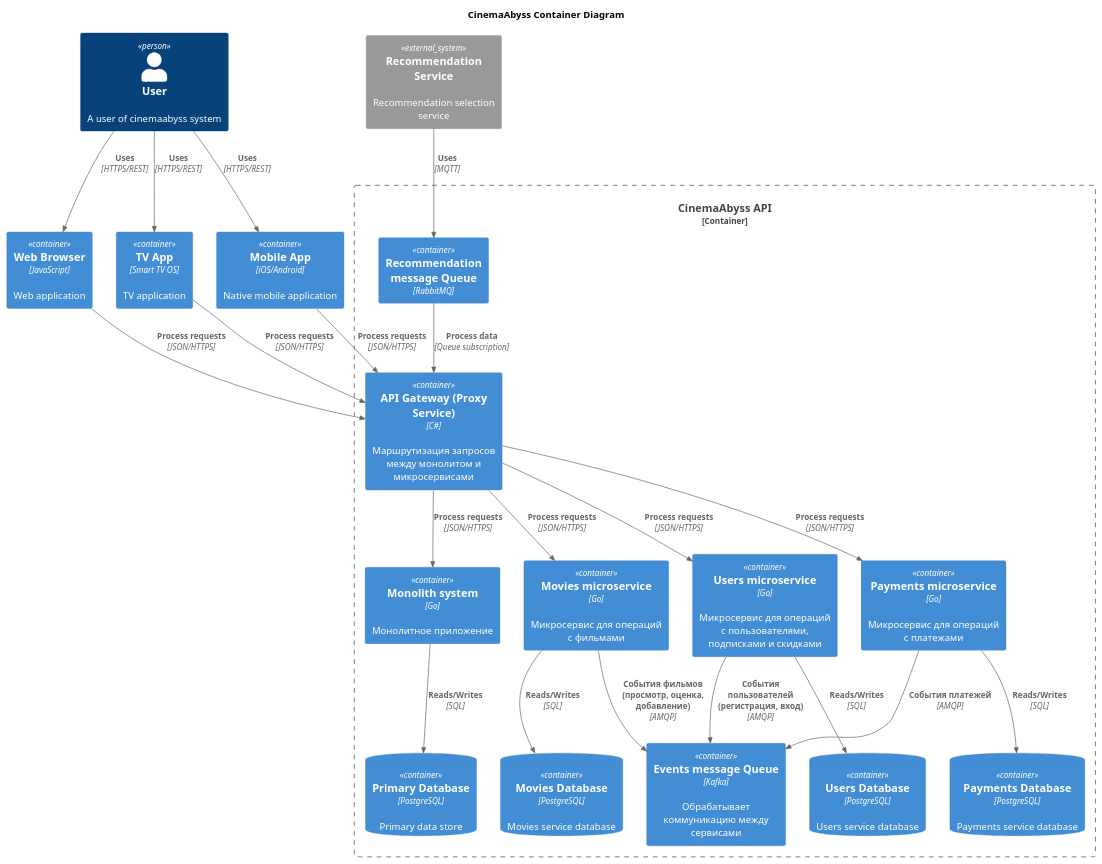
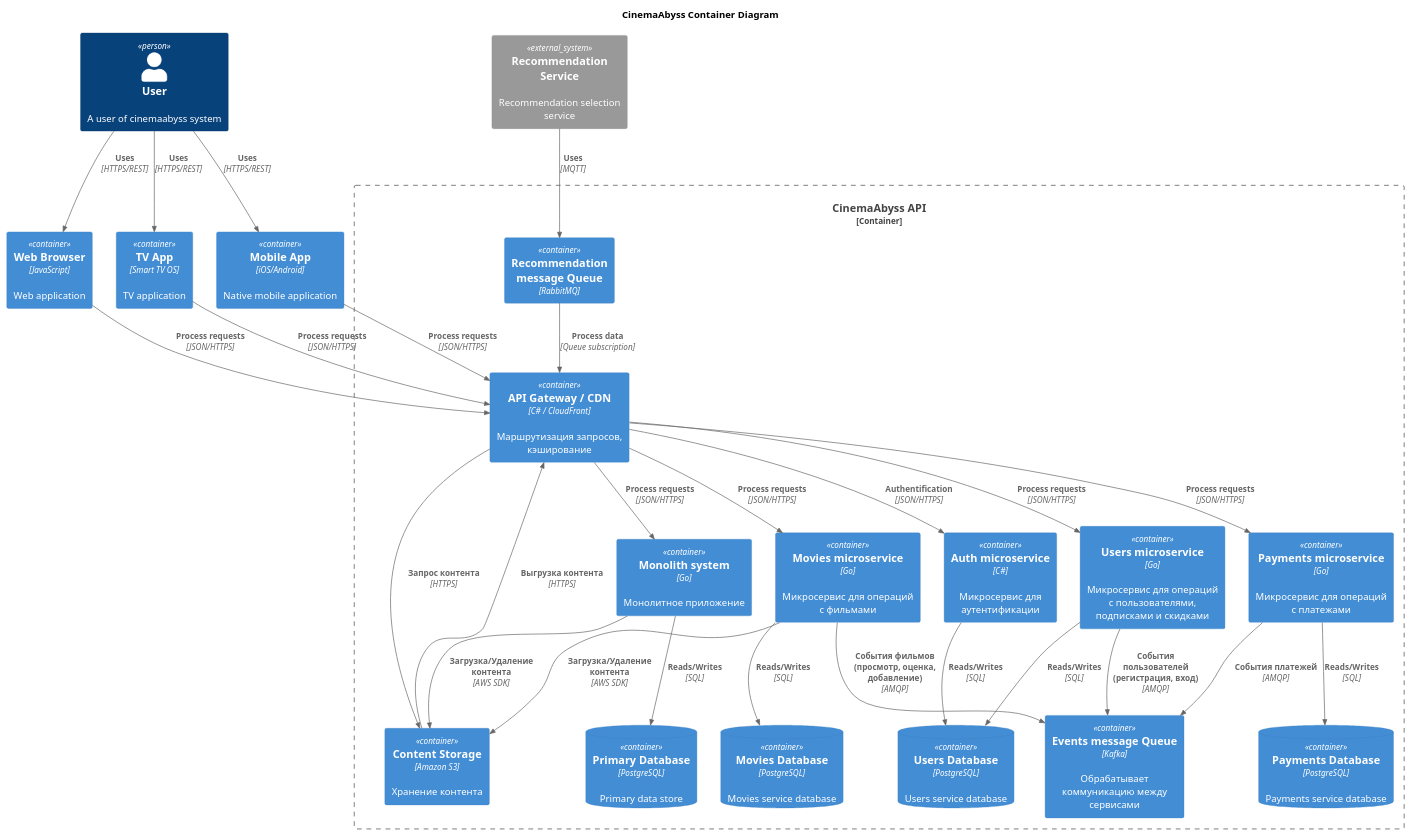
Before and after one commit to tammaco/architecture-pro-cinemaabyss: the diagram in schemas/Container.puml, drawn with PlantUML. The commit also changed 1 other file, not shown here.

Commit message:
+ S3 + authApi + CDN

```diff
--- a/schemas/Container.puml
+++ b/schemas/Container.puml
@@ -1,56 +1,67 @@
 @startuml CinemaAbyss Container Diagram
 title  CinemaAbyss Container Diagram
 
 !includeurl https://raw.githubusercontent.com/RicardoNiepel/C4-PlantUML/master/C4_Container.puml
 
 Person(user, "User", "A user of cinemaabyss system")
 System_Ext(recommendationService, "Recommendation Service", "Recommendation selection service")
 
 Container(mobileDevice, "Mobile App", "iOS/Android", "Native mobile application")
 Container(laptop, "Web Browser", "JavaScript", "Web application")
 Container(smartTV, "TV App", "Smart TV OS", "TV application")
 
 Container_Boundary(CinemaAbyssSystem, "CinemaAbyss API") {
-  Container(apiGateway, "API Gateway (Proxy Service)", "C#", "Маршрутизация запросов между монолитом и микросервисами")
+  Container(apiGateway, "API Gateway / CDN", "C# / CloudFront", "Маршрутизация запросов, кэширование")
+
+  Container(s3Storage, "Content Storage", "Amazon S3", "Хранение контента")
 
   Container(monolith, "Monolith system", "Go", "Монолитное приложение")
 
+  Container(authApi, "Auth microservice", "C#", "Микросервис для аутентификации")
   Container(moviesApi, "Movies microservice", "Go", "Микросервис для операций с фильмами")
   Container(usersApi, "Users microservice", "Go", "Микросервис для операций с пользователями, подписками и скидками")
   Container(paymentsApi, "Payments microservice", "Go", "Микросервис для операций с платежами")
 
   ContainerDb(database, "Primary Database", "PostgreSQL", "Primary data store")
   ContainerDb(moviesDb, "Movies Database", "PostgreSQL", "Movies service database")
   ContainerDb(usersDb, "Users Database", "PostgreSQL", "Users service database")
   ContainerDb(paymentsDb, "Payments Database", "PostgreSQL", "Payments service database")
 
   Container(recommendationMessageQueue, "Recommendation message Queue", "RabbitMQ")
   Container(eventsService, "Events message Queue", "Kafka", "Обрабатывает коммуникацию между сервисами")
 }
 
 Rel(recommendationService, recommendationMessageQueue, "Uses", "MQTT")
 Rel(recommendationMessageQueue, apiGateway, "Process data", "Queue subscription")
 
 Rel(user, mobileDevice, "Uses", "HTTPS/REST")
 Rel(user, laptop, "Uses", "HTTPS/REST")
 Rel(user, smartTV, "Uses", "HTTPS/REST")
 
 Rel(mobileDevice, apiGateway, "Process requests", "JSON/HTTPS")
 Rel(laptop, apiGateway, "Process requests", "JSON/HTTPS")
 Rel(smartTV, apiGateway, "Process requests", "JSON/HTTPS")
 
+Rel(apiGateway, s3Storage, "Запрос контента", "HTTPS")
+Rel(s3Storage, apiGateway, "Выгрузка контента", "HTTPS")
+
+Rel(moviesApi, s3Storage, "Загрузка/Удаление контента", "AWS SDK")
+Rel(monolith, s3Storage, "Загрузка/Удаление контента", "AWS SDK")
+
+Rel(apiGateway, authApi, "Authentification", "JSON/HTTPS")
 Rel(apiGateway, monolith, "Process requests", "JSON/HTTPS")
 Rel(apiGateway, moviesApi, "Process requests", "JSON/HTTPS")
 Rel(apiGateway, usersApi, "Process requests", "JSON/HTTPS")
 Rel(apiGateway, paymentsApi, "Process requests", "JSON/HTTPS")
 
 Rel(moviesApi, eventsService, "События фильмов (просмотр, оценка, добавление)", "AMQP")
 Rel(usersApi, eventsService, "События пользователей (регистрация, вход)", "AMQP")
 Rel(paymentsApi, eventsService, "События платежей", "AMQP")
 
+Rel(authApi, usersDb, "Reads/Writes", "SQL")
 Rel(monolith, database, "Reads/Writes", "SQL")
 Rel(moviesApi, moviesDb, "Reads/Writes", "SQL")
 Rel(usersApi, usersDb, "Reads/Writes", "SQL")
 Rel(paymentsApi, paymentsDb, "Reads/Writes", "SQL")
 
 @enduml
```
